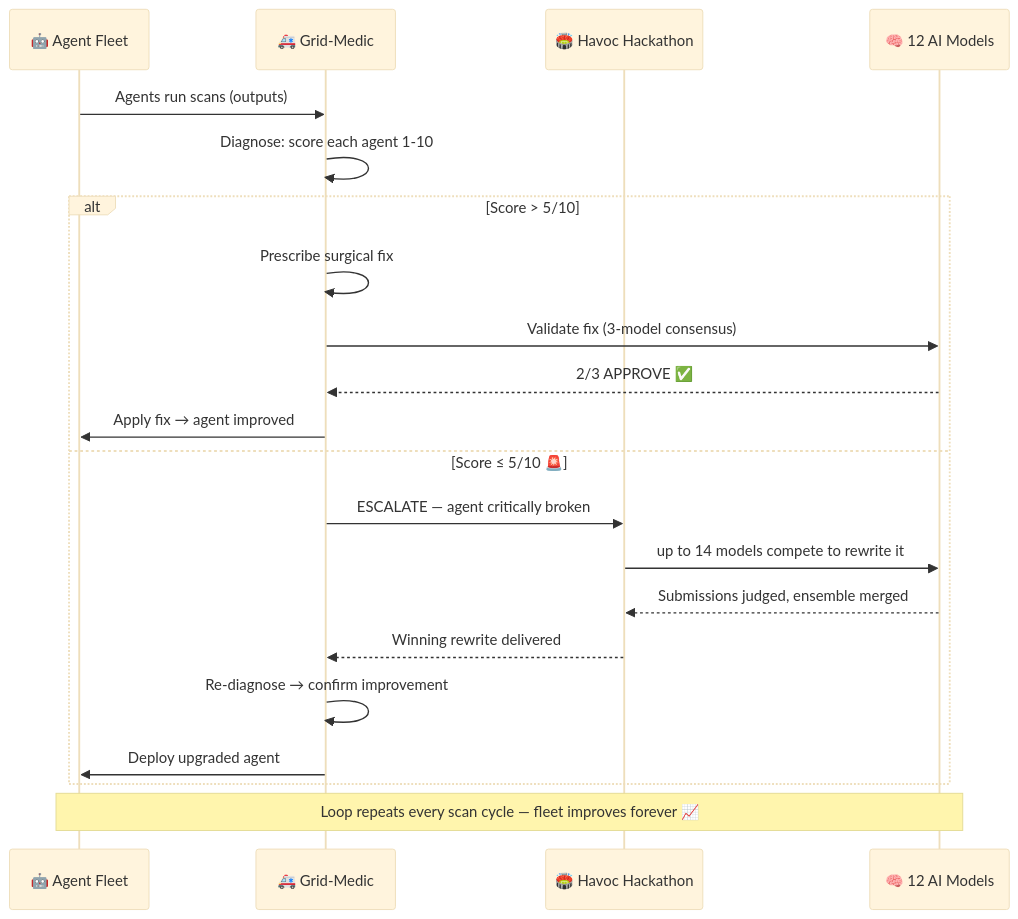
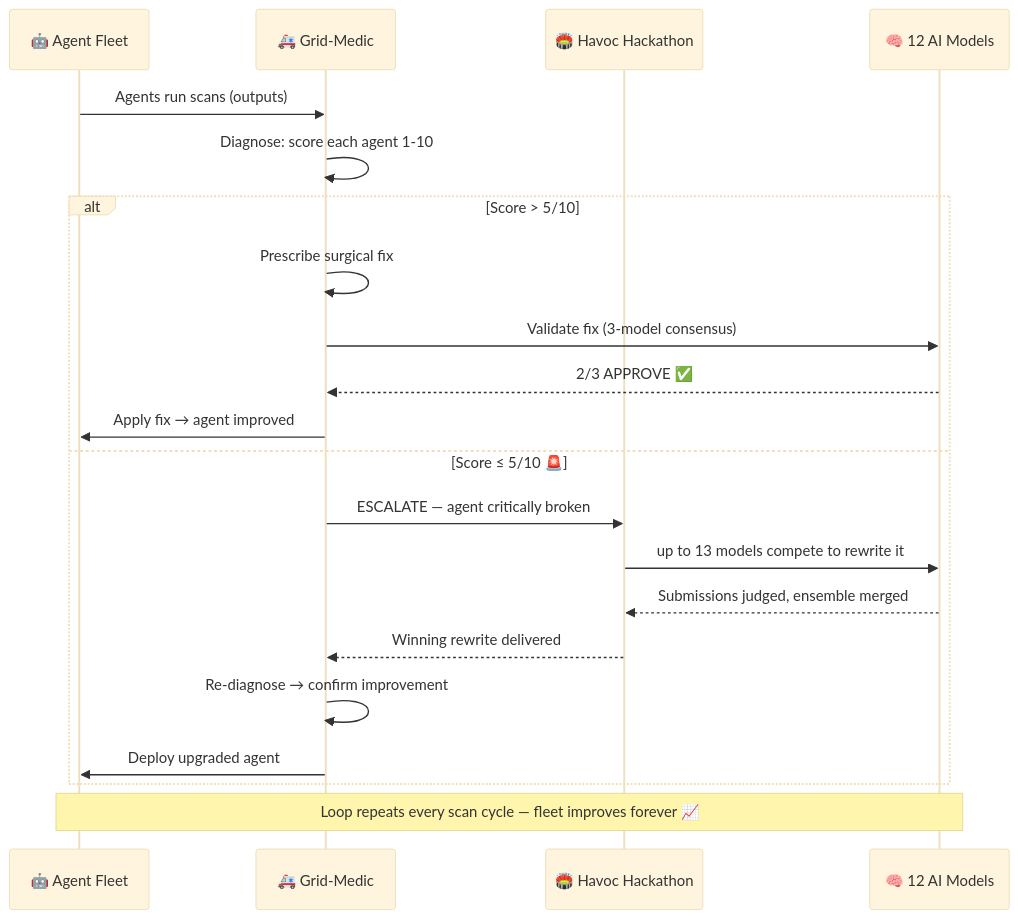
Before and after one commit to DUBSOpenHub/havoc-hackathon: the fourth of 5 diagrams in docs/GRID-MEDIC-ARCHITECTURE.md, drawn with Mermaid (base theme). The commit also changed other lines of this file and 7 other files, not shown here.

````diff
--- a/docs/GRID-MEDIC-ARCHITECTURE.md
+++ b/docs/GRID-MEDIC-ARCHITECTURE.md
@@ -122,26 +122,26 @@
 ```mermaid
 sequenceDiagram
     participant Fleet as 🤖 Agent Fleet
     participant Medic as 🚑 Grid-Medic
     participant Arena as 🏟️ Havoc Hackathon
     participant Models as 🧠 12 AI Models
 
     Fleet->>Medic: Agents run scans (outputs)
     Medic->>Medic: Diagnose: score each agent 1-10
 
     alt Score > 5/10
         Medic->>Medic: Prescribe surgical fix
         Medic->>Models: Validate fix (3-model consensus)
         Models-->>Medic: 2/3 APPROVE ✅
         Medic->>Fleet: Apply fix → agent improved
     else Score ≤ 5/10 🚨
         Medic->>Arena: ESCALATE — agent critically broken
-        Arena->>Models: up to 14 models compete to rewrite it
+        Arena->>Models: up to 13 models compete to rewrite it
         Models-->>Arena: Submissions judged, ensemble merged
         Arena-->>Medic: Winning rewrite delivered
         Medic->>Medic: Re-diagnose → confirm improvement
         Medic->>Fleet: Deploy upgraded agent
     end
 
     Note over Fleet,Models: Loop repeats every scan cycle — fleet improves forever 📈
 ```
````
